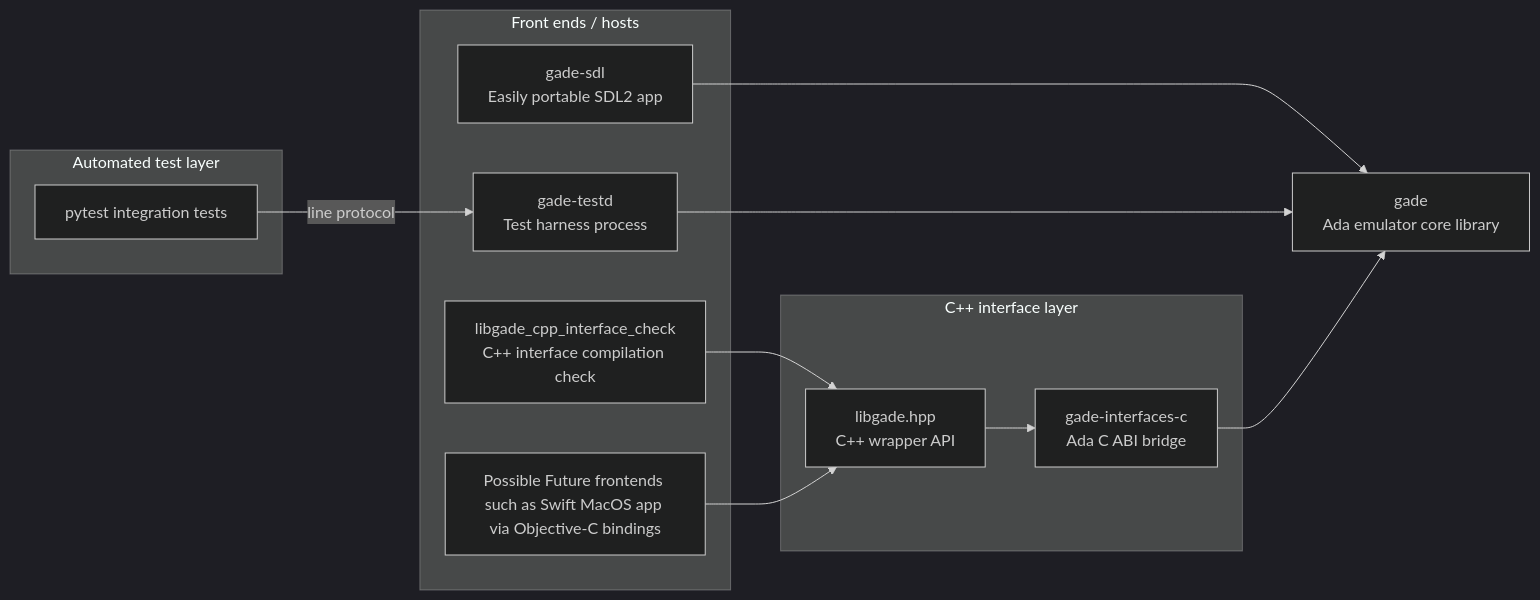
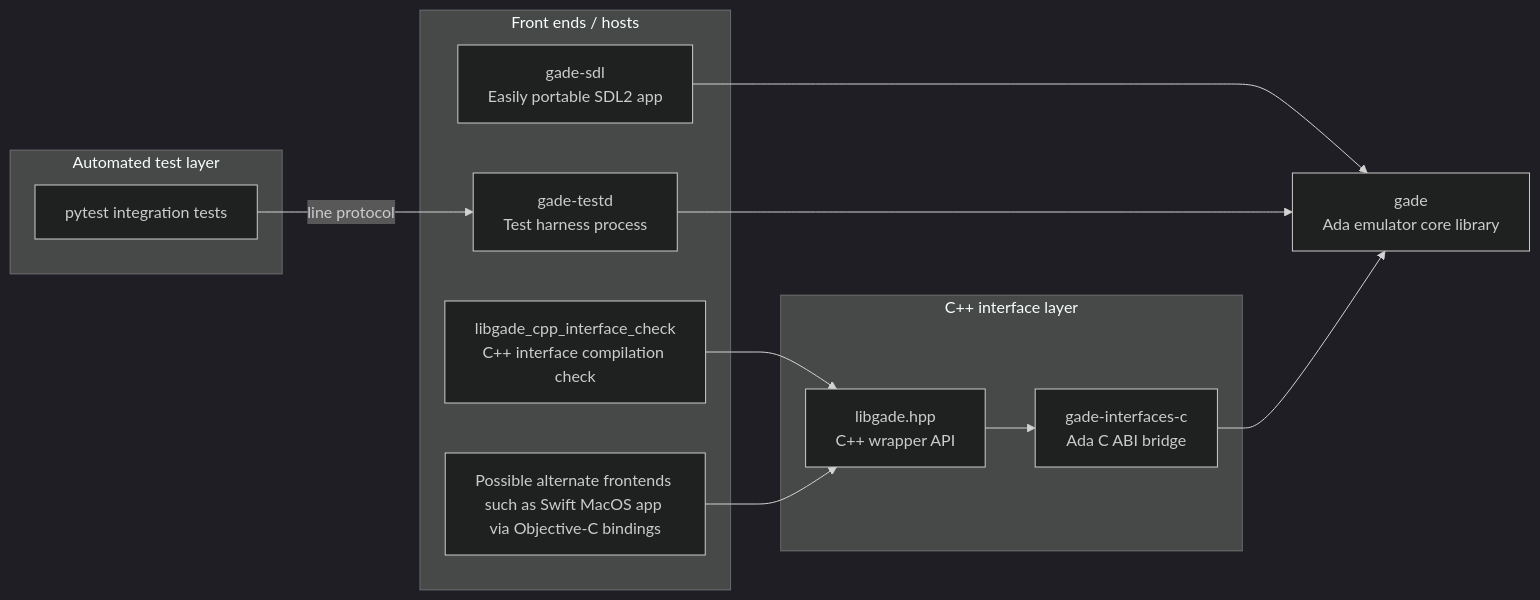
Before and after one commit to ellamosi/libgade: the diagram in README.md, drawn with Mermaid (dark theme).

Commit message:
doc: diagram wording

````diff
--- a/README.md
+++ b/README.md
@@ -24,28 +24,28 @@
 ```mermaid
 flowchart LR
     A[gade<br/>Ada emulator core library]
 
     subgraph Frontends["Front ends / hosts"]
       B[gade-sdl<br/>Easily portable SDL2 app]
       C[gade-testd<br/>Test harness process]
-      D[Possible Future frontends such as Swift MacOS app via Objective-C bindings]
+      D[Possible alternate frontends such as Swift MacOS app via Objective-C bindings]
       H[libgade_cpp_interface_check<br/>C++ interface compilation check]
     end
 
     subgraph CPP["C++ interface layer"]
       G[gade-interfaces-c<br/>Ada C ABI bridge]
       I[libgade.hpp<br/>C++ wrapper API]
     end
 
     subgraph Testing["Automated test layer"]
       F[pytest integration tests]
     end
 
     B --> A
     C --> A
     H --> I
     D --> I
     I --> G
     G --> A
     F -->|line protocol| C
 ```
````
